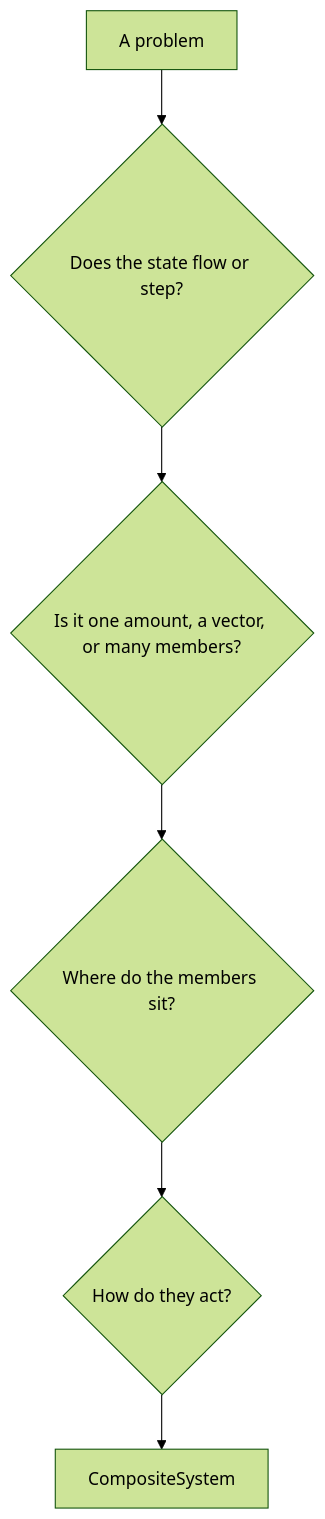
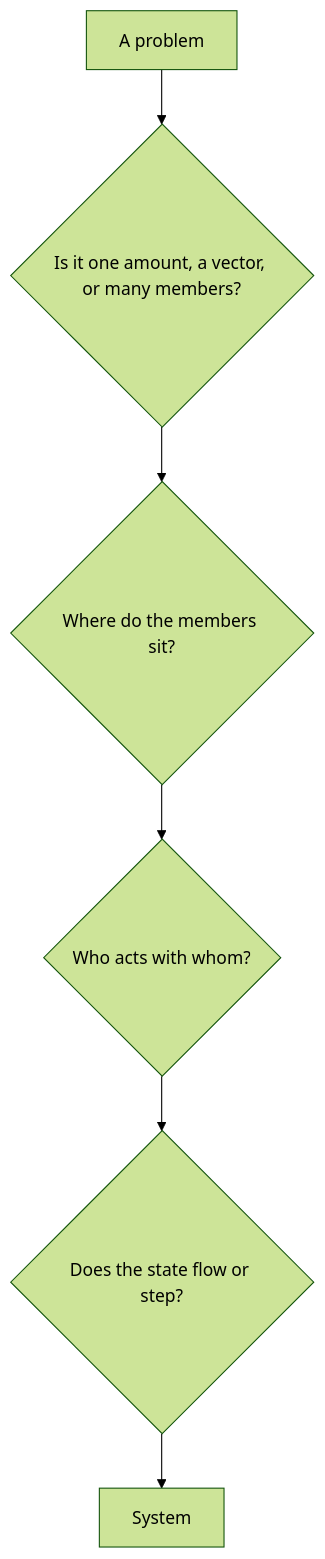
The first of 5 diagrams in docs/overview/user_guide/core_components/choosing_components.md (georgedouzas/scikit-complexity), drawn with Mermaid (forest theme) before and after one commit. The commit also changed other lines of this file, not shown here.

````diff
--- a/docs/overview/user_guide/core_components/choosing_components.md
+++ b/docs/overview/user_guide/core_components/choosing_components.md
@@ -8,8 +8,8 @@
 ```mermaid
 flowchart TD
-    A[A problem] --> B{Does the state flow or step?}
-    B --> C{Is it one amount, a vector, or many members?}
-    C --> D{Where do the members sit?}
-    D --> E{How do they act?}
-    E --> F[CompositeSystem]
+    A[A problem] --> B{Is it one amount, a vector, or many members?}
+    B --> C{Where do the members sit?}
+    C --> D{Who acts with whom?}
+    D --> E{Does the state flow or step?}
+    E --> F[System]
 ```
````
